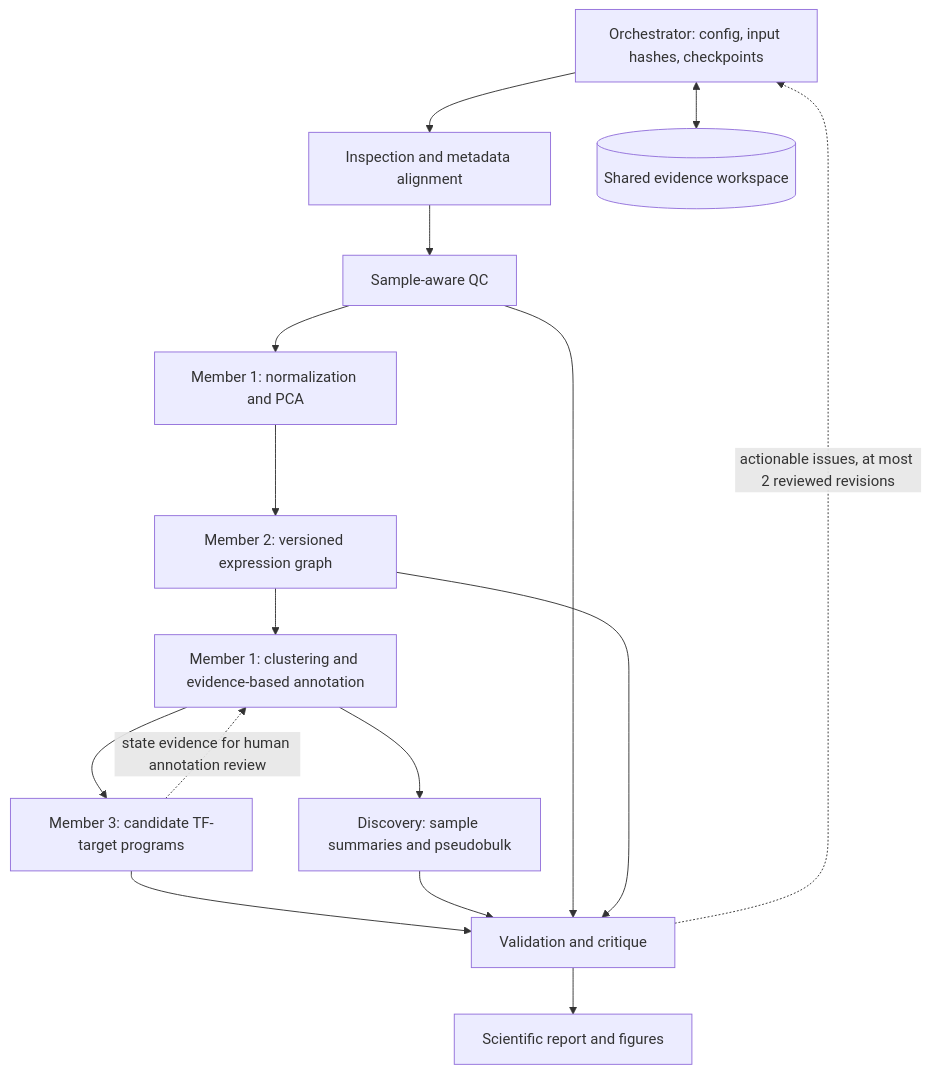
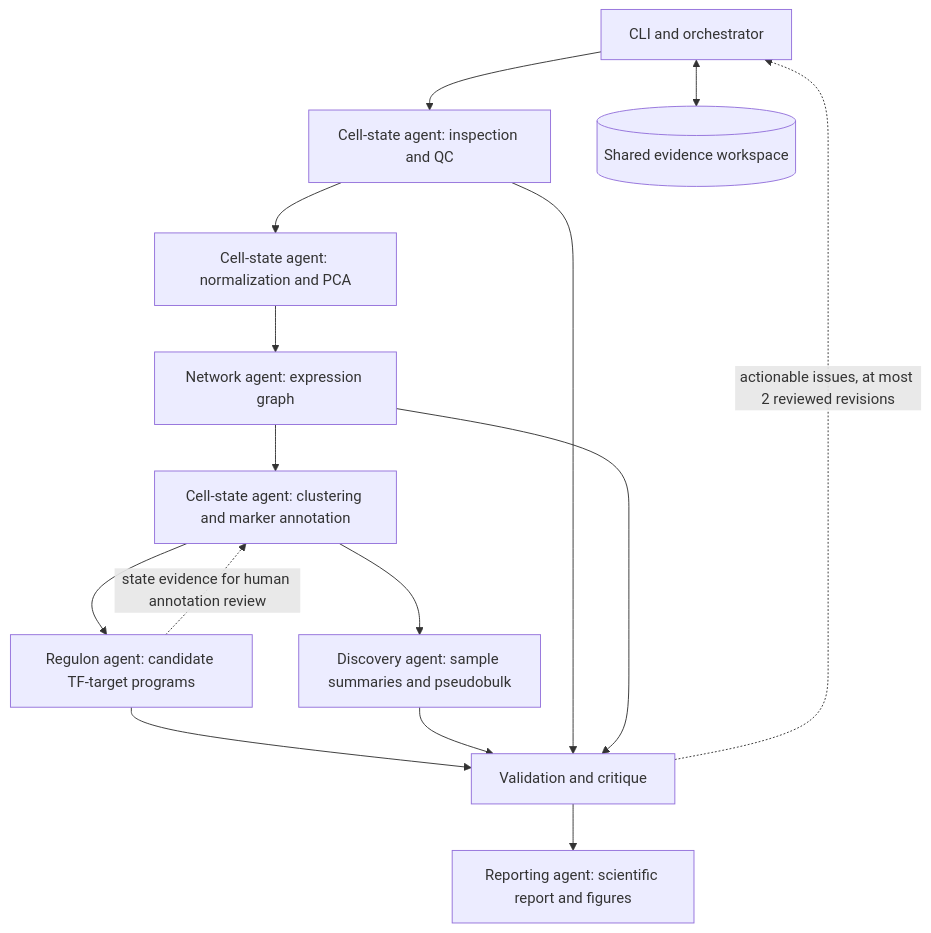
One commit to MingBit/CCamp2026_AgenticWork changed the diagram in README.md. Above: the diagram before and after it, drawn with Mermaid. The commit also changed other lines of this file and 51 other files, not shown here.

````diff
--- a/README.md
+++ b/README.md
@@ -43,18 +91,17 @@
 ```mermaid
 flowchart TD
-  O[Orchestrator: config, input hashes, checkpoints] --> I[Inspection and metadata alignment]
-  I --> Q[Sample-aware QC]
-  Q --> R[Member 1: normalization and PCA]
-  R --> G[Member 2: versioned expression graph]
-  G --> C[Member 1: clustering and evidence-based annotation]
-  C --> T[Member 3: candidate TF-target programs]
-  C --> D[Discovery: sample summaries and pseudobulk]
+  O[CLI and orchestrator] --> I[Cell-state agent: inspection and QC]
+  I --> R[Cell-state agent: normalization and PCA]
+  R --> G[Network agent: expression graph]
+  G --> C[Cell-state agent: clustering and marker annotation]
+  C --> T[Regulon agent: candidate TF-target programs]
+  C --> D[Discovery agent: sample summaries and pseudobulk]
   T --> V[Validation and critique]
   D --> V
-  Q --> V
+  I --> V
   G --> V
-  V --> P[Scientific report and figures]
+  V --> P[Reporting agent: scientific report and figures]
   V -. actionable issues, at most 2 reviewed revisions .-> O
   T -. state evidence for human annotation review .-> C
   O <--> E[(Shared evidence workspace)]
 ```
````
